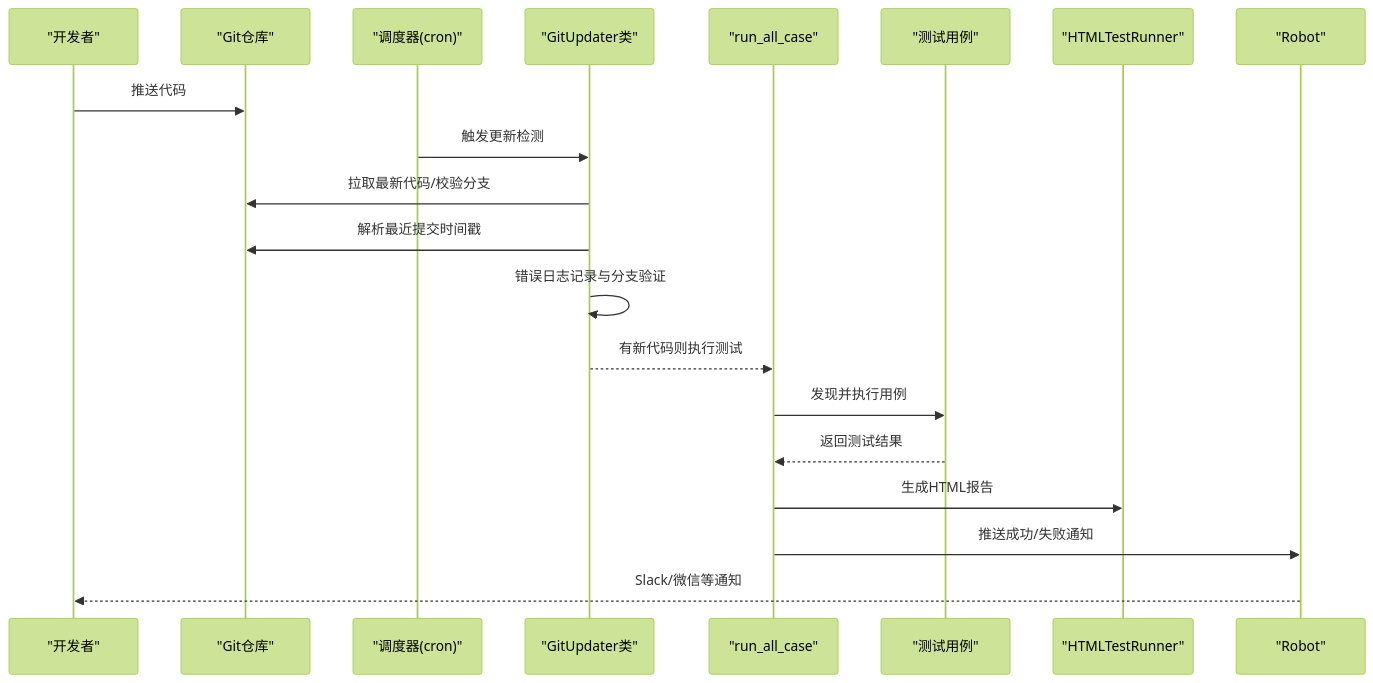
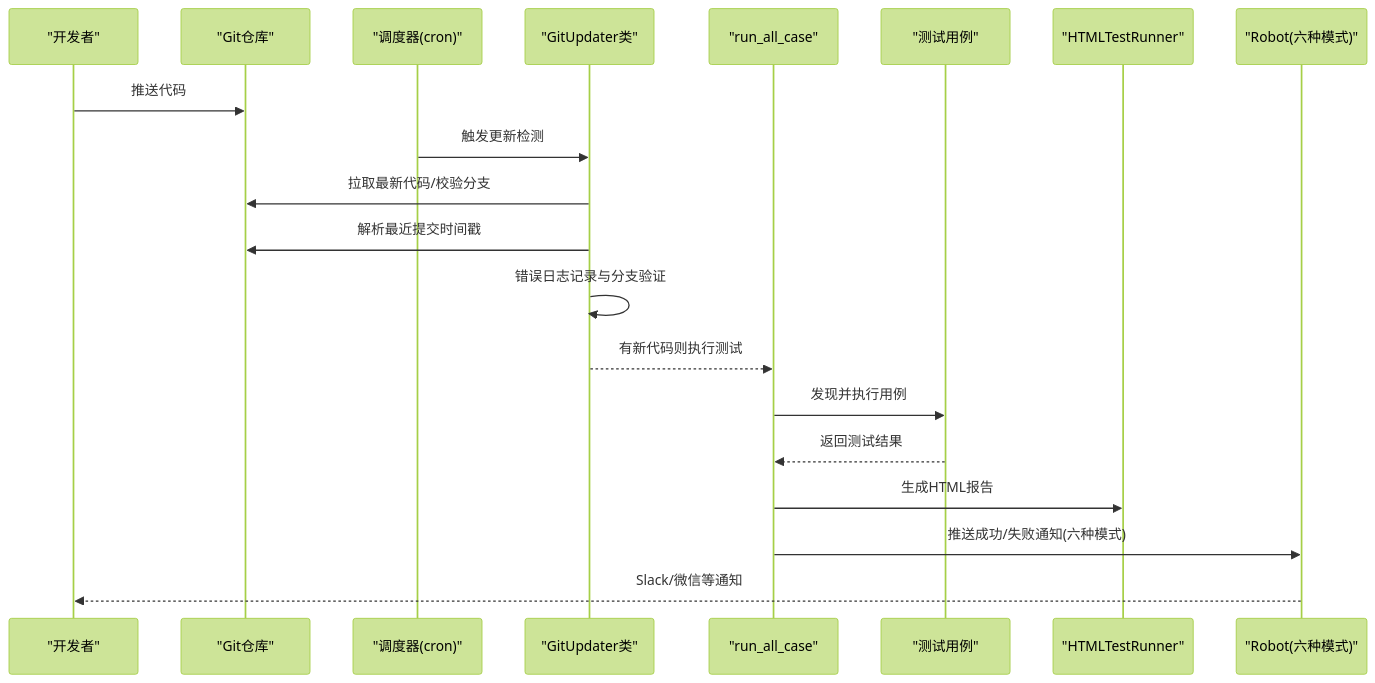
Before and after one commit to liximing1-ola/qa-payTest: the second of 12 diagrams in .qoder/repowiki/zh/content/自动化与CI_CD.md, drawn with Mermaid (forest theme). The commit also changed other lines of this file and 3 other files, not shown here.

````diff
--- a/.qoder/repowiki/zh/content/自动化与CI_CD.md
+++ b/.qoder/repowiki/zh/content/自动化与CI_CD.md
@@ -138,22 +137,22 @@
 ```mermaid
 sequenceDiagram
 participant Dev as "开发者"
 participant Git as "Git仓库"
 participant Scheduler as "调度器(cron)"
 participant GitUpdater as "GitUpdater类"
 participant Runner as "run_all_case"
 participant Tests as "测试用例"
 participant Report as "HTMLTestRunner"
-participant Notify as "Robot"
+participant Notify as "Robot(六种模式)"
 Dev->>Git : 推送代码
 Scheduler->>GitUpdater : 触发更新检测
 GitUpdater->>Git : 拉取最新代码/校验分支
 GitUpdater->>Git : 解析最近提交时间戳
 GitUpdater->>GitUpdater : 错误日志记录与分支验证
 GitUpdater-->>Runner : 有新代码则执行测试
 Runner->>Tests : 发现并执行用例
 Tests-->>Runner : 返回测试结果
 Runner->>Report : 生成HTML报告
-Runner->>Notify : 推送成功/失败通知
+Runner->>Notify : 推送成功/失败通知(六种模式)
 Notify-->>Dev : Slack/微信等通知
 ```
````
